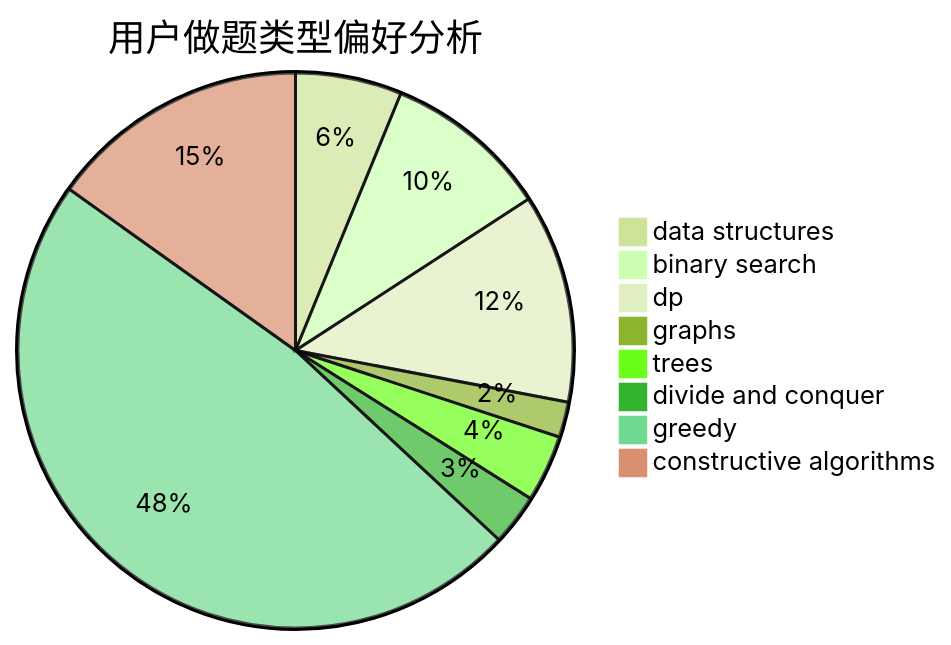
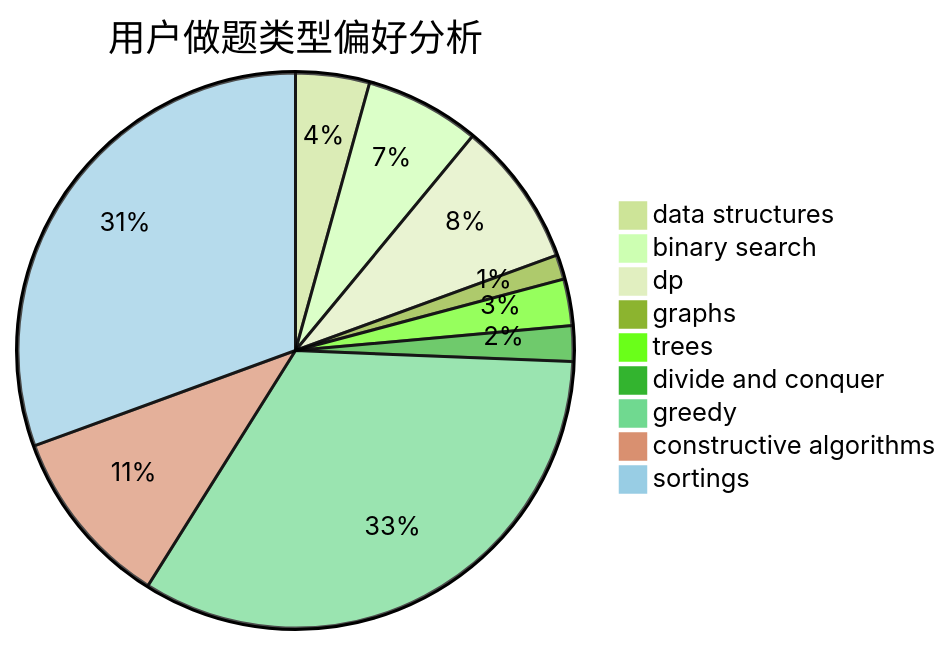
One commit to sherpahu/cfrs.github.io changed the second of 3 diagrams in docs/user/u597.md. Above: the diagram before and after it, drawn with Mermaid (forest theme). The commit also changed other lines of this file and 2769 other files, not shown here.

````diff
--- a/docs/user/u597.md
+++ b/docs/user/u597.md
@@ -23,11 +18,12 @@
 ```mermaid
 pie title 用户做题类型偏好分析
     "data structures" :  27
     "binary search" :  42
     "dp" :  53
     "graphs" :  9
     "trees" :  17
     "divide and conquer" :  13
     "greedy" :  209
     "constructive algorithms" :  66
+    "sortings" :  192
 ```
````
